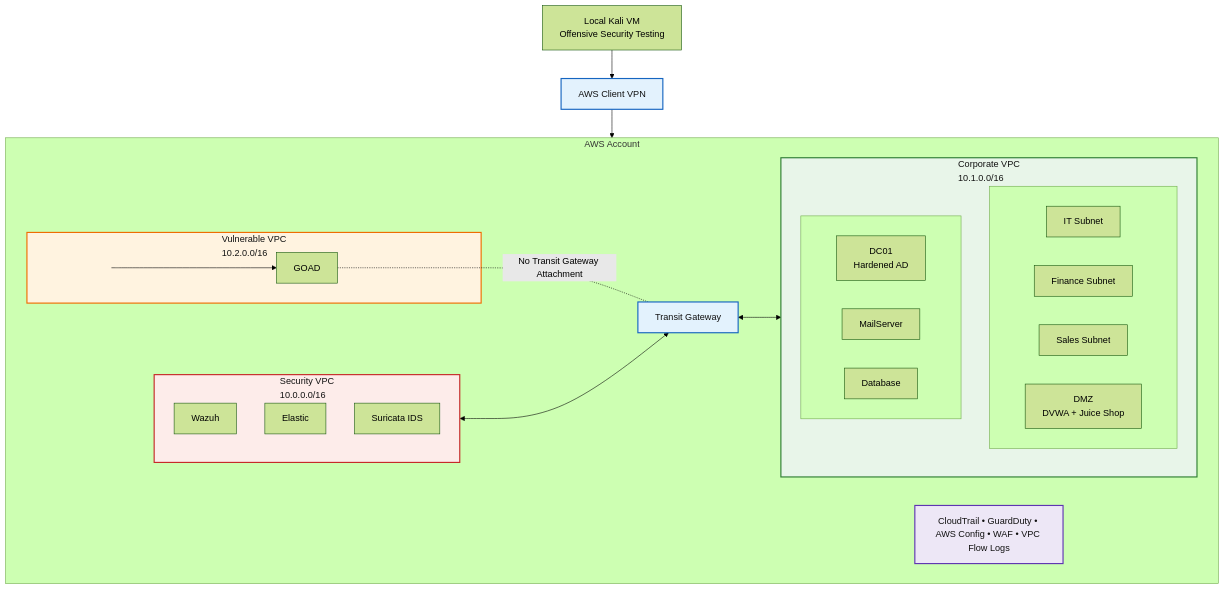
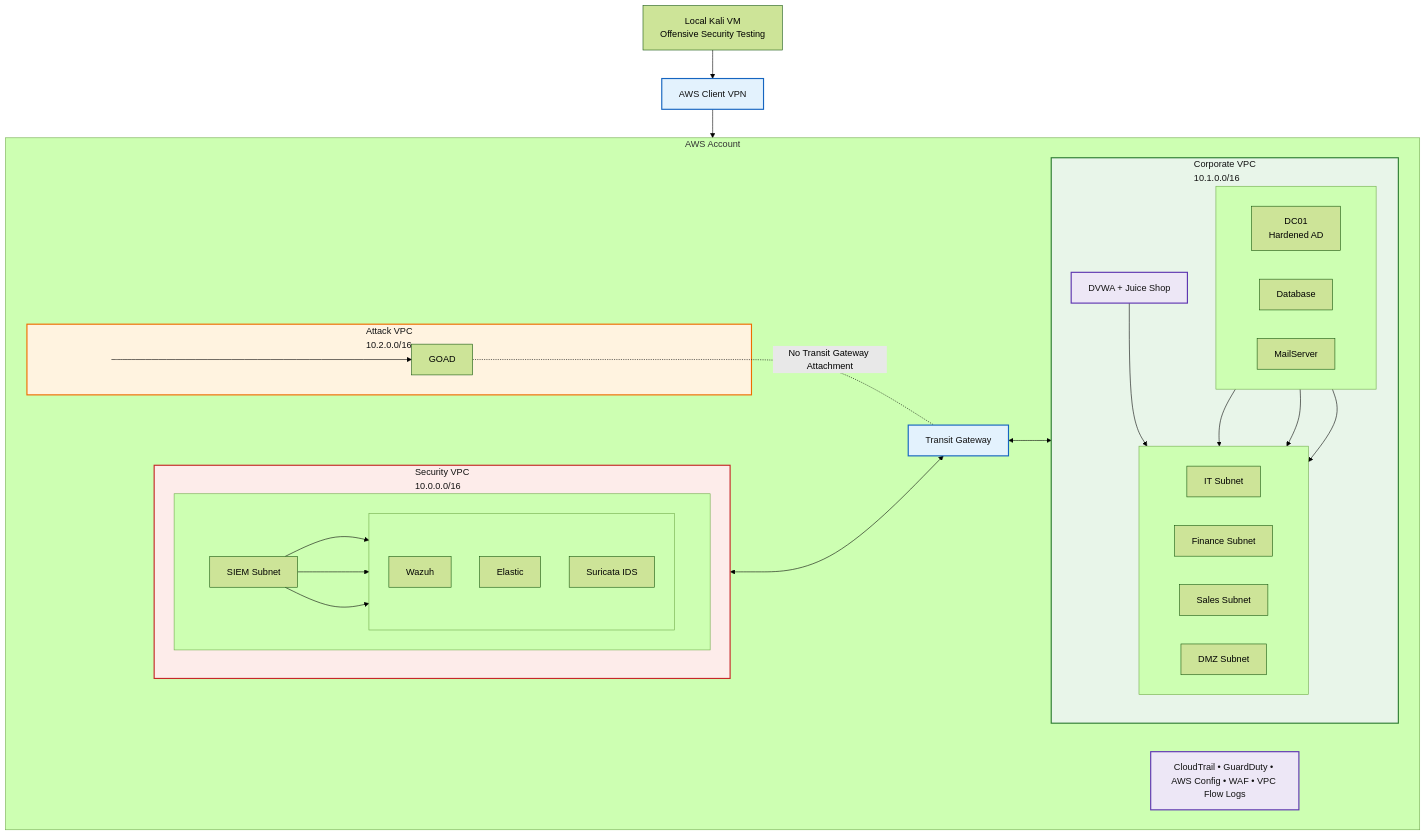
Before and after one commit to retro2049/aws-soc-homelab: the diagram in README.md, drawn with Mermaid (forest theme). The commit also changed other lines of this file, not shown here.

Commit message:
Add architecture Readme20

````diff
--- a/README.md
+++ b/README.md
@@ -54,9 +55,25 @@
 
     %% Security VPC
     subgraph SEC["Security VPC<br/>10.0.0.0/16"]
-        WZ["Wazuh"]
-        ELK["Elastic"]
-        SUR["Suricata IDS"]
+
+        subgraph SEC_NET[" "]
+            direction LR
+
+            SIEM["SIEM Subnet"]
+
+            subgraph SEC_TOOLS[" "]
+                direction TB
+                WZ["Wazuh"]
+                ELK["Elastic"]
+                SUR["Suricata IDS"]
+            end
+
+        end
+
+        SIEM --> WZ
+        SIEM --> ELK
+        SIEM --> SUR
+
     end
 
     %% Transit Gateway
@@ -71,26 +88,35 @@
             IT["IT Subnet"]
             FIN["Finance Subnet"]
             SALES["Sales Subnet"]
-            DMZ["DMZ<br/>DVWA + Juice Shop"]
+            DMZ["DMZ Subnet"]
         end
 
         %% Second row
         subgraph CORP_SERVERS[" "]
             direction LR
             DC["DC01<br/>Hardened AD"]
+            DB["Database"]
             MailServer["MailServer"]
-            DB["Database"]
         end
+
+        %% Third row
+        DVWA["DVWA + Juice Shop"]
 
     end
 
     %% Attacker VPC
-    subgraph ATT["Vulnerable VPC<br/>10.2.0.0/16<br/><br/><br/><br/><br/><br/><br/><br/><br/><br/><br/><br/>"]
+    subgraph ATT["Attack VPC<br/>10.2.0.0/16<br/><br/><br/><br/><br/><br/><br/><br/><br/><br/><br/><br/>"]
 
         GOAD["GOAD<br/>"]
 
         Spacer --> GOAD
     end
+
+    %% Corporate relationships
+    DC --> IT
+    DB --> FIN
+    MailServer --> SALES
+    DVWA --> DMZ
 
     %% Connectivity
     SEC <--> TGW
@@ -117,4 +143,7 @@
 class TGW,VPN network;
 class SERVICES service;
 class Spacer hidden;
+
+%% Make DVWA + Juice Shop match server styling
+class DVWA service;
 ```
````
